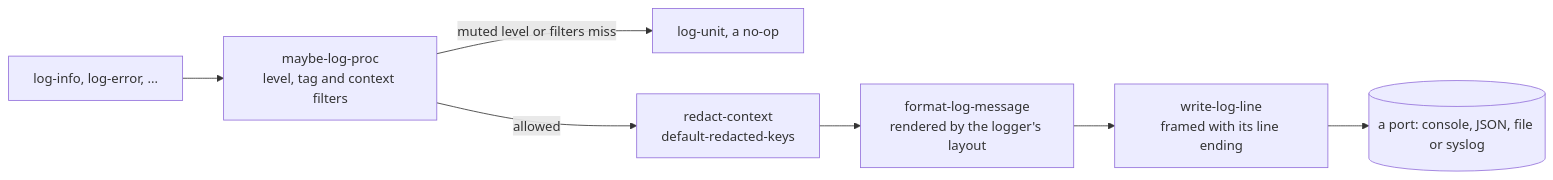
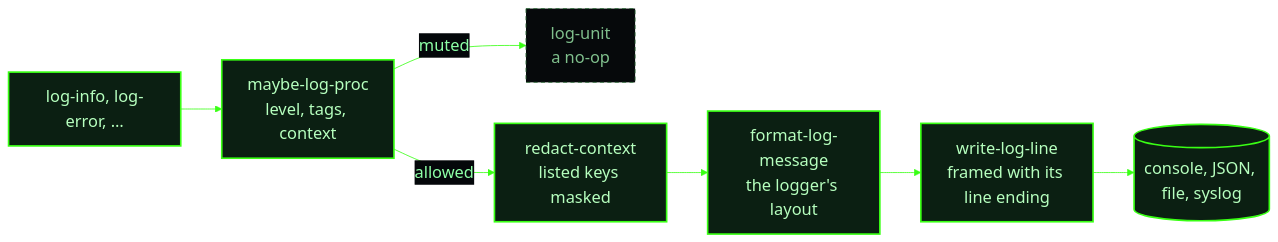
One commit to jjba23/scriba changed the diagram in resources/diagrams/logging-pipeline.mmd. Above: the diagram before and after it, drawn with Mermaid. The commit also changed 3 other files, not shown here.

```diff
--- a/resources/diagrams/logging-pipeline.mmd
+++ b/resources/diagrams/logging-pipeline.mmd
@@ -1,7 +1,13 @@
+%%{init: {"theme": "base", "fontFamily": "ui-monospace, SFMono-Regular, Menlo, Consolas, monospace", "flowchart": {"wrappingWidth": 150}, "themeVariables": {"background": "#04070a", "primaryColor": "#0b1f12", "primaryTextColor": "#8dffa6", "primaryBorderColor": "#39ff14", "lineColor": "#39ff14", "secondaryColor": "#0b1f12", "tertiaryColor": "#04070a", "edgeLabelBackground": "#04070a", "fontSize": "20px"}}}%%
 flowchart LR
-  call["log-info, log-error, ..."] --> filter["maybe-log-proc<br/>level, tag and context filters"]
-  filter -- "muted level or filters miss" --> noop["log-unit, a no-op"]
-  filter -- "allowed" --> redact["redact-context<br/>default-redacted-keys"]
-  redact --> format["format-log-message<br/>rendered by the logger's layout"]
+  call["log-info, log-error, …"] --> filter["maybe-log-proc<br/>level, tags, context"]
+  filter -- "muted" --> noop["log-unit<br/>a no-op"]
+  filter -- "allowed" --> redact["redact-context<br/>listed keys masked"]
+  redact --> format["format-log-message<br/>the logger's layout"]
   format --> write["write-log-line<br/>framed with its line ending"]
-  write --> port[("a port: console, JSON, file or syslog")]
+  write --> port[("console, JSON, file, syslog")]
+
+  classDef hot fill:#0b1f12,stroke:#39ff14,stroke-width:2px,color:#b6ffbe
+  classDef cold fill:#06090b,stroke:#2f6b3a,stroke-width:1px,color:#7fbf8c,stroke-dasharray:5 4
+  class call,filter,redact,format,write,port hot
+  class noop cold
```
